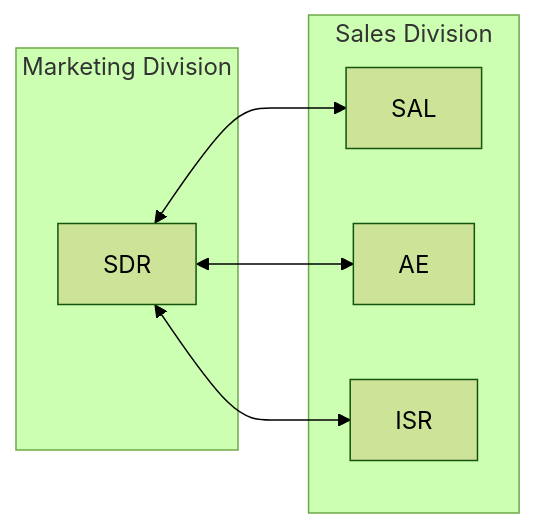
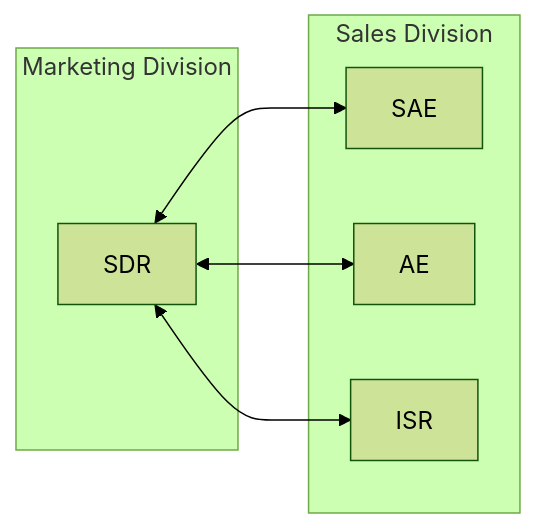
One commit to secretstartups/handbook changed the diagram in sites/handbook/source/handbook/marketing/sales-development/sales-sdr-alignment/index.html.md. Above: the diagram before and after it, drawn with Mermaid (forest theme). The commit also changed other lines of this file and 2 other files, not shown here.

````diff
--- a/sites/handbook/source/handbook/marketing/sales-development/sales-sdr-alignment/index.html.md
+++ b/sites/handbook/source/handbook/marketing/sales-development/sales-sdr-alignment/index.html.md
@@ -23,11 +23,11 @@
 ```mermaid
 graph LR
 subgraph Marketing Division
     A[SDR]
 end
 subgraph Sales Division
-    A <--> B[SAL]
+    A <--> B[SAE]
     A <--> C[AE]
     A <--> D[ISR]
 end
 ```
````
